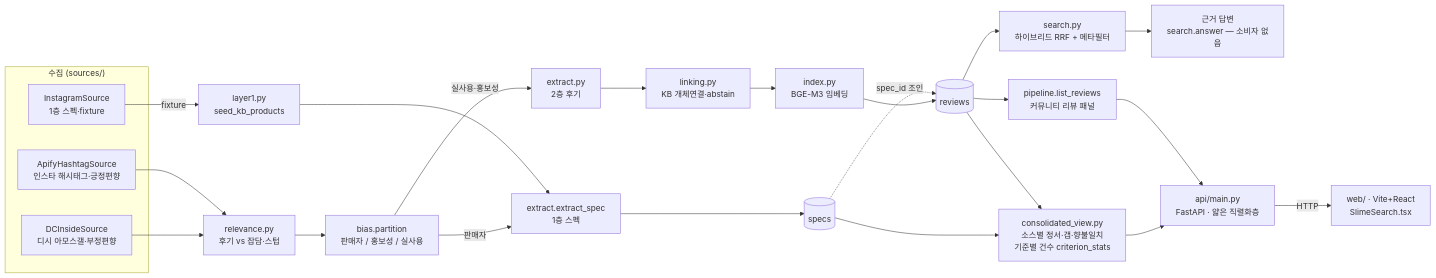
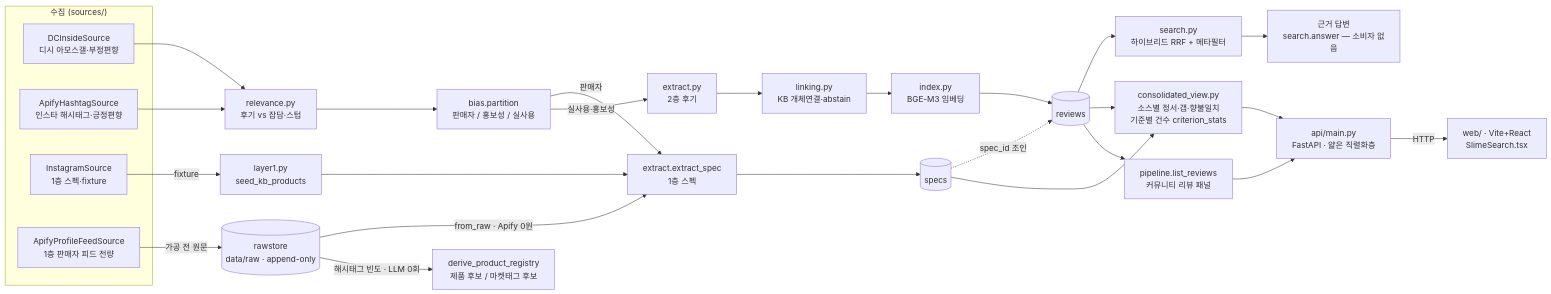
The first of 2 diagrams in ARCHITECTURE.md (dxlpi/slime-review), drawn with Mermaid before and after one commit. The commit also changed other lines of this file and 6 other files, not shown here.

````diff
--- a/ARCHITECTURE.md
+++ b/ARCHITECTURE.md
@@ -16,28 +16,32 @@
 ```mermaid
 flowchart LR
   subgraph 수집["수집 (sources/)"]
     DC[DCInsideSource<br/>디시 아모스갤·부정편향]
     AP[ApifyHashtagSource<br/>인스타 해시태그·긍정편향]
     IG[InstagramSource<br/>1층 스펙·fixture]
+    PF[ApifyProfileFeedSource<br/>1층 판매자 피드 전량]
   end
   DC --> REL
   AP --> REL
   REL[relevance.py<br/>후기 vs 잡담·스텁] --> BIAS
   BIAS[bias.partition<br/>판매자 / 홍보성 / 실사용] -->|판매자| SPEC
   BIAS -->|실사용·홍보성| EX2
   IG -->|fixture| L1
   L1[layer1.py<br/>seed_kb_products] --> SPEC
+  PF -->|가공 전 원문| RAW[(rawstore<br/>data/raw · append-only)]
+  RAW -->|from_raw · Apify 0원| SPEC
+  RAW -->|해시태그 빈도 · LLM 0회| REG[derive_product_registry<br/>제품 후보 / 마켓태그 후보]
   SPEC[extract.extract_spec<br/>1층 스펙] --> DBs[(specs)]
   EX2[extract.py<br/>2층 후기] --> LINK
   LINK[linking.py<br/>KB 개체연결·abstain] --> IDX
   IDX[index.py<br/>BGE-M3 임베딩] --> DBr[(reviews)]
   DBs -. spec_id 조인 .-> DBr
   DBr --> SEARCH[search.py<br/>하이브리드 RRF + 메타필터]
   DBs --> CONS[consolidated_view.py<br/>소스별 정서·갭·향불일치<br/>기준별 건수 criterion_stats]
   DBr --> CONS
   SEARCH --> ANS[근거 답변<br/>search.answer — 소비자 없음]
   CONS --> API
   DBr --> LR[pipeline.list_reviews<br/>커뮤니티 리뷰 패널]
   LR --> API[api/main.py<br/>FastAPI · 얇은 직렬화층]
   API -->|HTTP| UI[web/ · Vite+React<br/>SlimeSearch.tsx]
 ```
````
